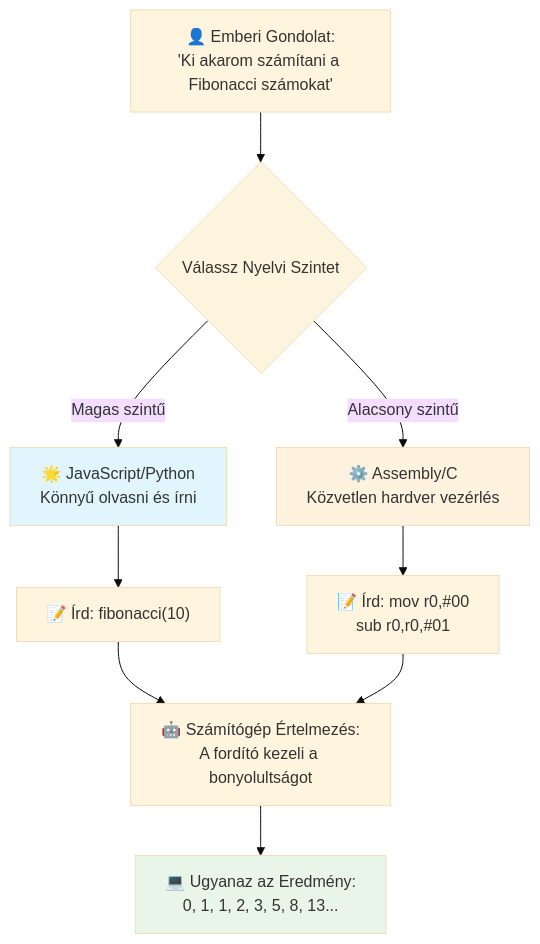
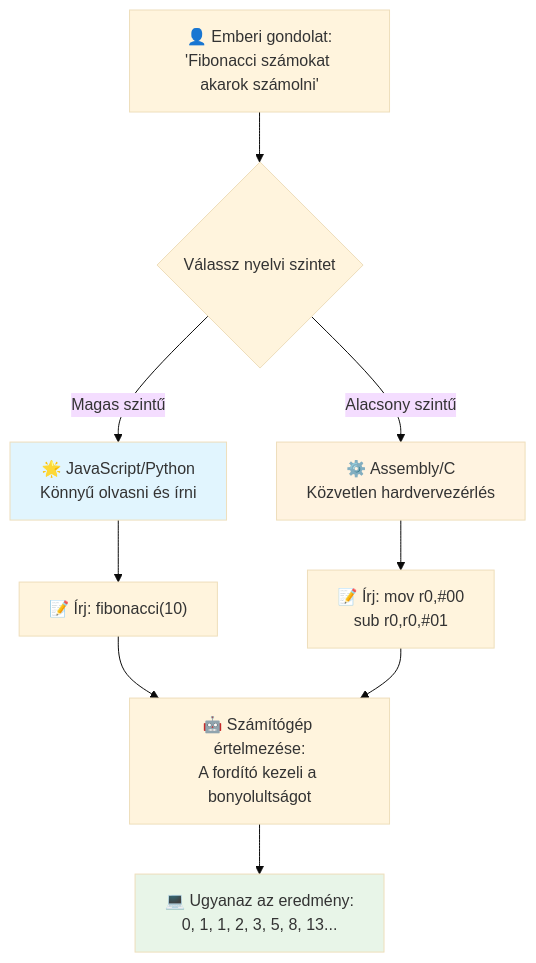
The third of 7 diagrams in translations/hu/1-getting-started-lessons/1-intro-to-programming-languages/README.md (microsoft/Web-Dev-For-Beginners), drawn with Mermaid (base theme) before and after one commit. The commit also changed other lines of this file and 11 other files, not shown here.

````diff
--- a/translations/hu/1-getting-started-lessons/1-intro-to-programming-languages/README.md
+++ b/translations/hu/1-getting-started-lessons/1-intro-to-programming-languages/README.md
@@ -148,19 +148,19 @@
 ```mermaid
 flowchart TB
-    A["👤 Emberi Gondolat:<br/>'Ki akarom számítani a Fibonacci számokat'"] --> B{Válassz Nyelvi Szintet}
+    A["👤 Emberi gondolat:<br/>'Fibonacci számokat akarok számolni'"] --> B{Válassz nyelvi szintet}
     
     B -->|Magas szintű| C["🌟 JavaScript/Python<br/>Könnyű olvasni és írni"]
-    B -->|Alacsony szintű| D["⚙️ Assembly/C<br/>Közvetlen hardver vezérlés"]
+    B -->|Alacsony szintű| D["⚙️ Assembly/C<br/>Közvetlen hardvervezérlés"]
     
-    C --> E["📝 Írd: fibonacci(10)"]
-    D --> F["📝 Írd: mov r0,#00<br/>sub r0,r0,#01"]
+    C --> E["📝 Írj: fibonacci(10)"]
+    D --> F["📝 Írj: mov r0,#00<br/>sub r0,r0,#01"]
     
-    E --> G["🤖 Számítógép Értelmezés:<br/>A fordító kezeli a bonyolultságot"]
+    E --> G["🤖 Számítógép értelmezése:<br/>A fordító kezeli a bonyolultságot"]
     F --> G
     
-    G --> H["💻 Ugyanaz az Eredmény:<br/>0, 1, 1, 2, 3, 5, 8, 13..."]
+    G --> H["💻 Ugyanaz az eredmény:<br/>0, 1, 1, 2, 3, 5, 8, 13..."]
     
     style C fill:#e1f5fe
     style D fill:#fff3e0
     style H fill:#e8f5e8
 ```
````
